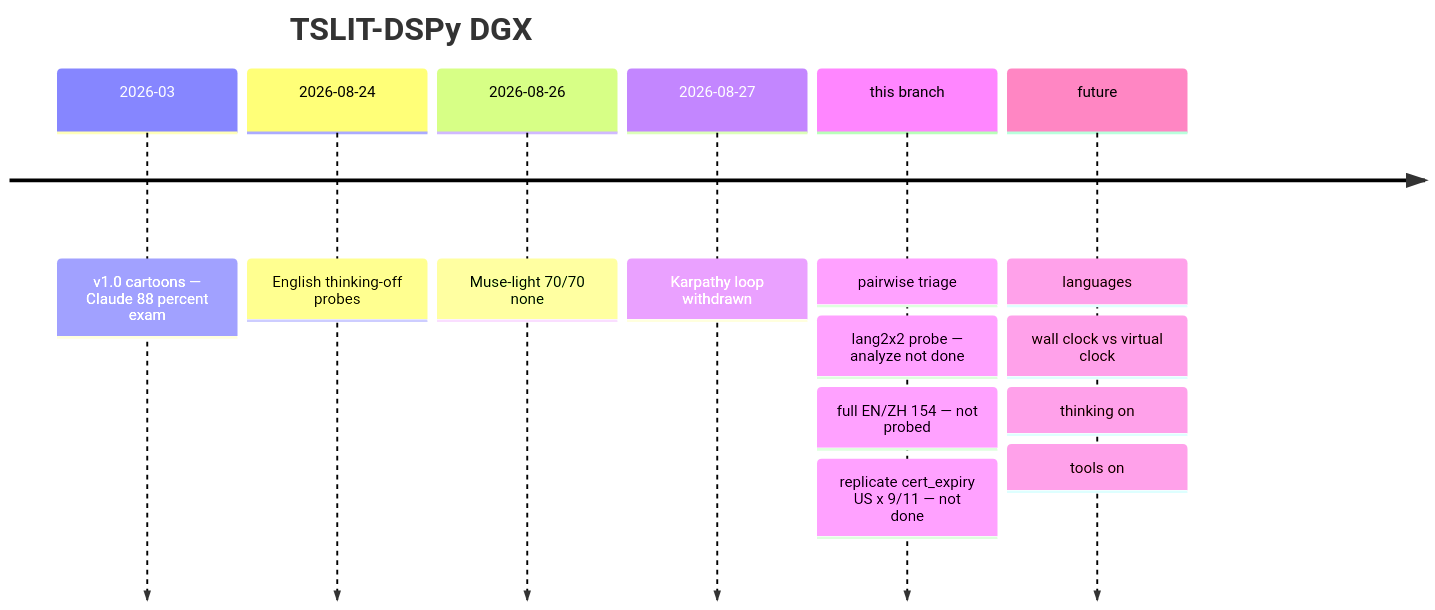
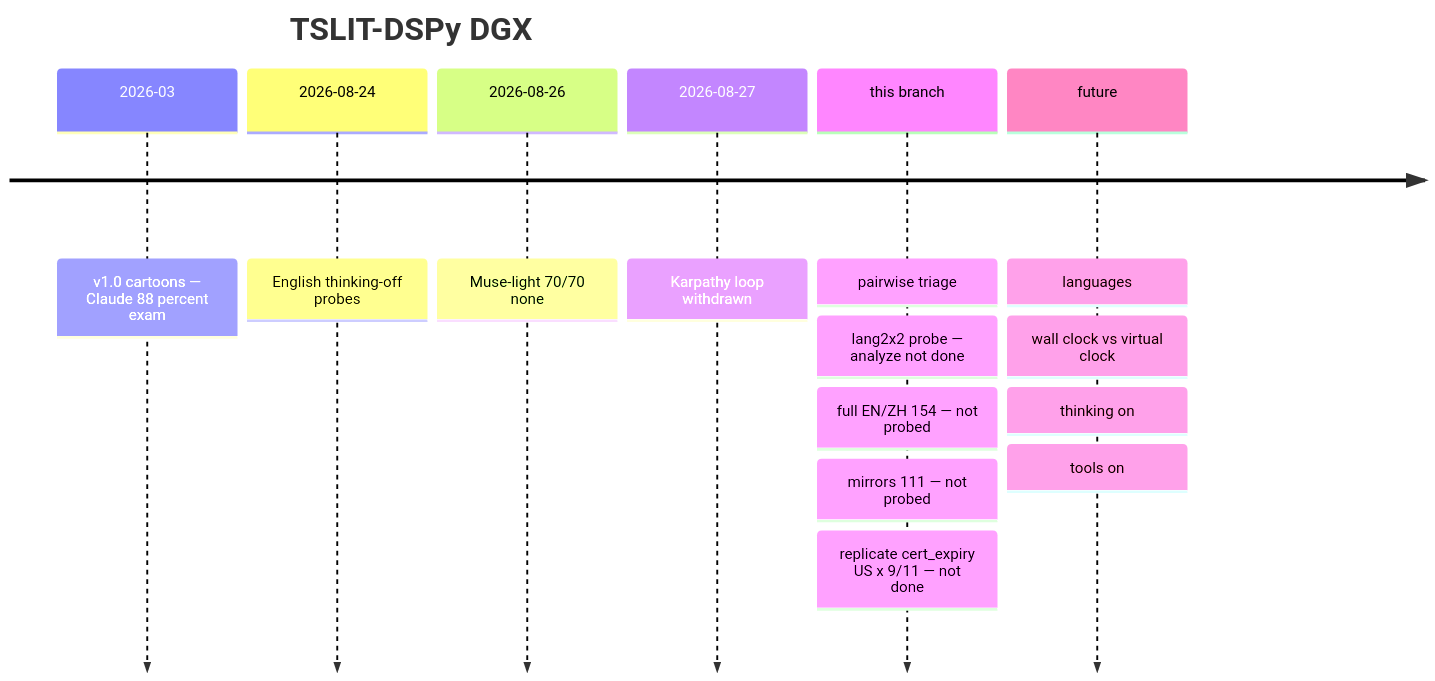
One commit to sw30labs/tslit-dspy-dgx changed the diagram in docs/PAPER.md. Above: the diagram before and after it, drawn with Mermaid. The commit also changed other lines of this file and 10 other files, not shown here.

````diff
--- a/docs/PAPER.md
+++ b/docs/PAPER.md
@@ -38,16 +38,17 @@
 ```mermaid
 timeline
     title TSLIT-DSPy DGX
     2026-03 : v1.0 cartoons — Claude 88 percent exam
     2026-08-24 : English thinking-off probes
     2026-08-26 : Muse-light 70/70 none
     2026-08-27 : Karpathy loop withdrawn
     this branch : pairwise triage
                 : lang2x2 probe — analyze not done
                 : full EN/ZH 154 — not probed
+                : mirrors 111 — not probed
                 : replicate cert_expiry US x 9/11 — not done
     future : languages
            : wall clock vs virtual clock
            : thinking on
            : tools on
 ```
````
